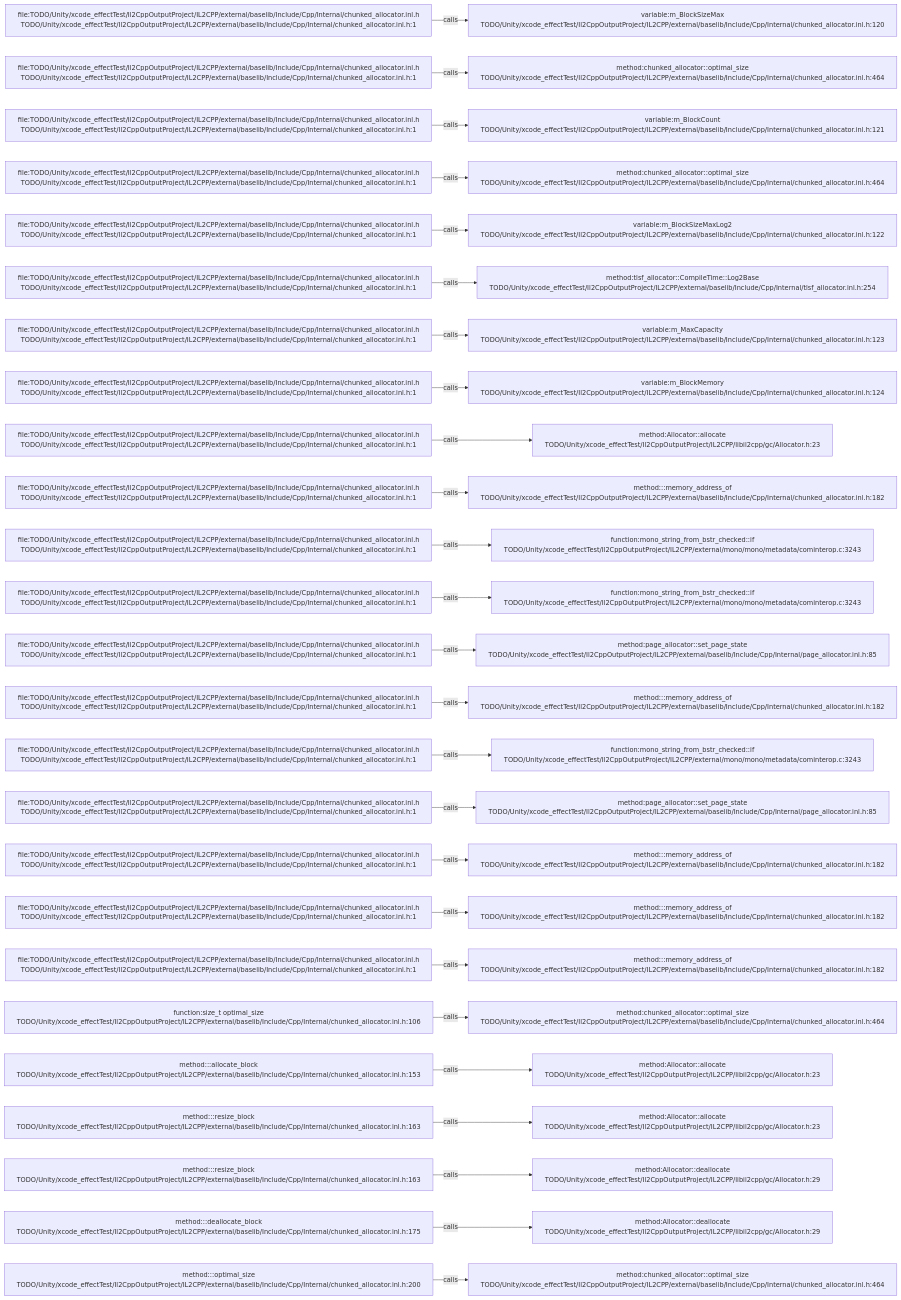
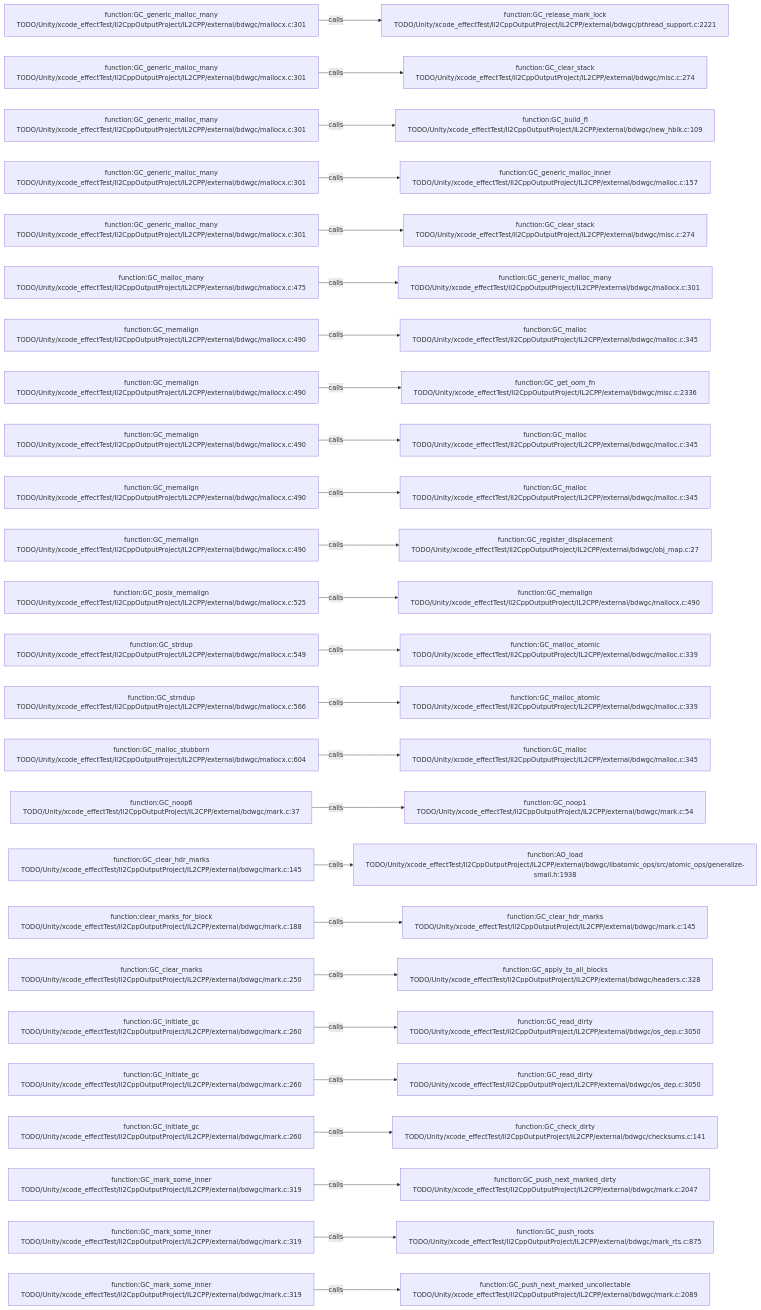
The diagram in .codegraph/codegraph.md/graphs/calls-129.md (JobsKits/JobsSwiftBaseConfigDemo), drawn with Mermaid before and after one commit. The commit also changed 227 other files, not shown here.

````diff
--- a/.codegraph/codegraph.md/graphs/calls-129.md
+++ b/.codegraph/codegraph.md/graphs/calls-129.md
@@ -13,78 +13,78 @@
 ```mermaid
 flowchart LR
-  S1["file:TODO/Unity/xcode_effectTest/Il2CppOutputProject/IL2CPP/external/baselib/Include/Cpp/Internal/chunked_allocator.inl.h<br/>TODO/Unity/xcode_effectTest/Il2CppOutputProject/IL2CPP/external/baselib/Include/Cpp/Internal/chunked_allocator.inl.h:1"]
-  T1["variable:m_BlockSizeMax<br/>TODO/Unity/xcode_effectTest/Il2CppOutputProject/IL2CPP/external/baselib/Include/Cpp/Internal/chunked_allocator.inl.h:120"]
+  S1["function:GC_generic_malloc_many<br/>TODO/Unity/xcode_effectTest/Il2CppOutputProject/IL2CPP/external/bdwgc/mallocx.c:301"]
+  T1["function:GC_release_mark_lock<br/>TODO/Unity/xcode_effectTest/Il2CppOutputProject/IL2CPP/external/bdwgc/pthread_support.c:2221"]
   S1 -->|calls| T1
-  S2["file:TODO/Unity/xcode_effectTest/Il2CppOutputProject/IL2CPP/external/baselib/Include/Cpp/Internal/chunked_allocator.inl.h<br/>TODO/Unity/xcode_effectTest/Il2CppOutputProject/IL2CPP/external/baselib/Include/Cpp/Internal/chunked_allocator.inl.h:1"]
-  T2["method:chunked_allocator::optimal_size<br/>TODO/Unity/xcode_effectTest/Il2CppOutputProject/IL2CPP/external/baselib/Include/Cpp/Internal/chunked_allocator.inl.h:464"]
+  S2["function:GC_generic_malloc_many<br/>TODO/Unity/xcode_effectTest/Il2CppOutputProject/IL2CPP/external/bdwgc/mallocx.c:301"]
+  T2["function:GC_clear_stack<br/>TODO/Unity/xcode_effectTest/Il2CppOutputProject/IL2CPP/external/bdwgc/misc.c:274"]
   S2 -->|calls| T2
-  S3["file:TODO/Unity/xcode_effectTest/Il2CppOutputProject/IL2CPP/external/baselib/Include/Cpp/Internal/chunked_allocator.inl.h<br/>TODO/Unity/xcode_effectTest/Il2CppOutputProject/IL2CPP/external/baselib/Include/Cpp/Internal/chunked_allocator.inl.h:1"]
-  T3["variable:m_BlockCount<br/>TODO/Unity/xcode_effectTest/Il2CppOutputProject/IL2CPP/external/baselib/Include/Cpp/Internal/chunked_allocator.inl.h:121"]
+  S3["function:GC_generic_malloc_many<br/>TODO/Unity/xcode_effectTest/Il2CppOutputProject/IL2CPP/external/bdwgc/mallocx.c:301"]
+  T3["function:GC_build_fl<br/>TODO/Unity/xcode_effectTest/Il2CppOutputProject/IL2CPP/external/bdwgc/new_hblk.c:109"]
   S3 -->|calls| T3
-  S4["file:TODO/Unity/xcode_effectTest/Il2CppOutputProject/IL2CPP/external/baselib/Include/Cpp/Internal/chunked_allocator.inl.h<br/>TODO/Unity/xcode_effectTest/Il2CppOutputProject/IL2CPP/external/baselib/Include/Cpp/Internal/chunked_allocator.inl.h:1"]
-  T4["method:chunked_allocator::optimal_size<br/>TODO/Unity/xcode_effectTest/Il2CppOutputProject/IL2CPP/external/baselib/Include/Cpp/Internal/chunked_allocator.inl.h:464"]
+  S4["function:GC_generic_malloc_many<br/>TODO/Unity/xcode_effectTest/Il2CppOutputProject/IL2CPP/external/bdwgc/mallocx.c:301"]
+  T4["function:GC_generic_malloc_inner<br/>TODO/Unity/xcode_effectTest/Il2CppOutputProject/IL2CPP/external/bdwgc/malloc.c:157"]
   S4 -->|calls| T4
-  S5["file:TODO/Unity/xcode_effectTest/Il2CppOutputProject/IL2CPP/external/baselib/Include/Cpp/Internal/chunked_allocator.inl.h<br/>TODO/Unity/xcode_effectTest/Il2CppOutputProject/IL2CPP/external/baselib/Include/Cpp/Internal/chunked_allocator.inl.h:1"]
-  T5["variable:m_BlockSizeMaxLog2<br/>TODO/Unity/xcode_effectTest/Il2CppOutputProject/IL2CPP/external/baselib/Include/Cpp/Internal/chunked_allocator.inl.h:122"]
+  S5["function:GC_generic_malloc_many<br/>TODO/Unity/xcode_effectTest/Il2CppOutputProject/IL2CPP/external/bdwgc/mallocx.c:301"]
+  T5["function:GC_clear_stack<br/>TODO/Unity/xcode_effectTest/Il2CppOutputProject/IL2CPP/external/bdwgc/misc.c:274"]
   S5 -->|calls| T5
-  S6["file:TODO/Unity/xcode_effectTest/Il2CppOutputProject/IL2CPP/external/baselib/Include/Cpp/Internal/chunked_allocator.inl.h<br/>TODO/Unity/xcode_effectTest/Il2CppOutputProject/IL2CPP/external/baselib/Include/Cpp/Internal/chunked_allocator.inl.h:1"]
-  T6["method:tlsf_allocator::CompileTime::Log2Base<br/>TODO/Unity/xcode_effectTest/Il2CppOutputProject/IL2CPP/external/baselib/Include/Cpp/Internal/tlsf_allocator.inl.h:254"]
+  S6["function:GC_malloc_many<br/>TODO/Unity/xcode_effectTest/Il2CppOutputProject/IL2CPP/external/bdwgc/mallocx.c:475"]
+  T6["function:GC_generic_malloc_many<br/>TODO/Unity/xcode_effectTest/Il2CppOutputProject/IL2CPP/external/bdwgc/mallocx.c:301"]
   S6 -->|calls| T6
-  S7["file:TODO/Unity/xcode_effectTest/Il2CppOutputProject/IL2CPP/external/baselib/Include/Cpp/Internal/chunked_allocator.inl.h<br/>TODO/Unity/xcode_effectTest/Il2CppOutputProject/IL2CPP/external/baselib/Include/Cpp/Internal/chunked_allocator.inl.h:1"]
-  T7["variable:m_MaxCapacity<br/>TODO/Unity/xcode_effectTest/Il2CppOutputProject/IL2CPP/external/baselib/Include/Cpp/Internal/chunked_allocator.inl.h:123"]
+  S7["function:GC_memalign<br/>TODO/Unity/xcode_effectTest/Il2CppOutputProject/IL2CPP/external/bdwgc/mallocx.c:490"]
+  T7["function:GC_malloc<br/>TODO/Unity/xcode_effectTest/Il2CppOutputProject/IL2CPP/external/bdwgc/malloc.c:345"]
   S7 -->|calls| T7
-  S8["file:TODO/Unity/xcode_effectTest/Il2CppOutputProject/IL2CPP/external/baselib/Include/Cpp/Internal/chunked_allocator.inl.h<br/>TODO/Unity/xcode_effectTest/Il2CppOutputProject/IL2CPP/external/baselib/Include/Cpp/Internal/chunked_allocator.inl.h:1"]
-  T8["variable:m_BlockMemory<br/>TODO/Unity/xcode_effectTest/Il2CppOutputProject/IL2CPP/external/baselib/Include/Cpp/Internal/chunked_allocator.inl.h:124"]
+  S8["function:GC_memalign<br/>TODO/Unity/xcode_effectTest/Il2CppOutputProject/IL2CPP/external/bdwgc/mallocx.c:490"]
+  T8["function:GC_get_oom_fn<br/>TODO/Unity/xcode_effectTest/Il2CppOutputProject/IL2CPP/external/bdwgc/misc.c:2336"]
   S8 -->|calls| T8
-  S9["file:TODO/Unity/xcode_effectTest/Il2CppOutputProject/IL2CPP/external/baselib/Include/Cpp/Internal/chunked_allocator.inl.h<br/>TODO/Unity/xcode_effectTest/Il2CppOutputProject/IL2CPP/external/baselib/Include/Cpp/Internal/chunked_allocator.inl.h:1"]
-  T9["method:Allocator::allocate<br/>TODO/Unity/xcode_effectTest/Il2CppOutputProject/IL2CPP/libil2cpp/gc/Allocator.h:23"]
+  S9["function:GC_memalign<br/>TODO/Unity/xcode_effectTest/Il2CppOutputProject/IL2CPP/external/bdwgc/mallocx.c:490"]
+  T9["function:GC_malloc<br/>TODO/Unity/xcode_effectTest/Il2CppOutputProject/IL2CPP/external/bdwgc/malloc.c:345"]
   S9 -->|calls| T9
-  S10["file:TODO/Unity/xcode_effectTest/Il2CppOutputProject/IL2CPP/external/baselib/Include/Cpp/Internal/chunked_allocator.inl.h<br/>TODO/Unity/xcode_effectTest/Il2CppOutputProject/IL2CPP/external/baselib/Include/Cpp/Internal/chunked_allocator.inl.h:1"]
-  T10["method:<anonymous>::memory_address_of<br/>TODO/Unity/xcode_effectTest/Il2CppOutputProject/IL2CPP/external/baselib/Include/Cpp/Internal/chunked_allocator.inl.h:182"]
+  S10["function:GC_memalign<br/>TODO/Unity/xcode_effectTest/Il2CppOutputProject/IL2CPP/external/bdwgc/mallocx.c:490"]
+  T10["function:GC_malloc<br/>TODO/Unity/xcode_effectTest/Il2CppOutputProject/IL2CPP/external/bdwgc/malloc.c:345"]
   S10 -->|calls| T10
-  S11["file:TODO/Unity/xcode_effectTest/Il2CppOutputProject/IL2CPP/external/baselib/Include/Cpp/Internal/chunked_allocator.inl.h<br/>TODO/Unity/xcode_effectTest/Il2CppOutputProject/IL2CPP/external/baselib/Include/Cpp/Internal/chunked_allocator.inl.h:1"]
-  T11["function:mono_string_from_bstr_checked::if<br/>TODO/Unity/xcode_effectTest/Il2CppOutputProject/IL2CPP/external/mono/mono/metadata/cominterop.c:3243"]
+  S11["function:GC_memalign<br/>TODO/Unity/xcode_effectTest/Il2CppOutputProject/IL2CPP/external/bdwgc/mallocx.c:490"]
+  T11["function:GC_register_displacement<br/>TODO/Unity/xcode_effectTest/Il2CppOutputProject/IL2CPP/external/bdwgc/obj_map.c:27"]
   S11 -->|calls| T11
-  S12["file:TODO/Unity/xcode_effectTest/Il2CppOutputProject/IL2CPP/external/baselib/Include/Cpp/Internal/chunked_allocator.inl.h<br/>TODO/Unity/xcode_effectTest/Il2CppOutputProject/IL2CPP/external/baselib/Include/Cpp/Internal/chunked_allocator.inl.h:1"]
-  T12["function:mono_string_from_bstr_checked::if<br/>TODO/Unity/xcode_effectTest/Il2CppOutputProject/IL2CPP/external/mono/mono/metadata/cominterop.c:3243"]
+  S12["function:GC_posix_memalign<br/>TODO/Unity/xcode_effectTest/Il2CppOutputProject/IL2CPP/external/bdwgc/mallocx.c:525"]
+  T12["function:GC_memalign<br/>TODO/Unity/xcode_effectTest/Il2CppOutputProject/IL2CPP/external/bdwgc/mallocx.c:490"]
   S12 -->|calls| T12
-  S13["file:TODO/Unity/xcode_effectTest/Il2CppOutputProject/IL2CPP/external/baselib/Include/Cpp/Internal/chunked_allocator.inl.h<br/>TODO/Unity/xcode_effectTest/Il2CppOutputProject/IL2CPP/external/baselib/Include/Cpp/Internal/chunked_allocator.inl.h:1"]
-  T13["method:page_allocator::set_page_state<br/>TODO/Unity/xcode_effectTest/Il2CppOutputProject/IL2CPP/external/baselib/Include/Cpp/Internal/page_allocator.inl.h:85"]
+  S13["function:GC_strdup<br/>TODO/Unity/xcode_effectTest/Il2CppOutputProject/IL2CPP/external/bdwgc/mallocx.c:549"]
+  T13["function:GC_malloc_atomic<br/>TODO/Unity/xcode_effectTest/Il2CppOutputProject/IL2CPP/external/bdwgc/malloc.c:339"]
   S13 -->|calls| T13
-  S14["file:TODO/Unity/xcode_effectTest/Il2CppOutputProject/IL2CPP/external/baselib/Include/Cpp/Internal/chunked_allocator.inl.h<br/>TODO/Unity/xcode_effectTest/Il2CppOutputProject/IL2CPP/external/baselib/Include/Cpp/Internal/chunked_allocator.inl.h:1"]
-  T14["method:<anonymous>::memory_address_of<br/>TODO/Unity/xcode_effectTest/Il2CppOutputProject/IL2CPP/external/baselib/Include/Cpp/Internal/chunked_allocator.inl.h:182"]
+  S14["function:GC_strndup<br/>TODO/Unity/xcode_effectTest/Il2CppOutputProject/IL2CPP/external/bdwgc/mallocx.c:566"]
+  T14["function:GC_malloc_atomic<br/>TODO/Unity/xcode_effectTest/Il2CppOutputProject/IL2CPP/external/bdwgc/malloc.c:339"]
   S14 -->|calls| T14
-  S15["file:TODO/Unity/xcode_effectTest/Il2CppOutputProject/IL2CPP/external/baselib/Include/Cpp/Internal/chunked_allocator.inl.h<br/>TODO/Unity/xcode_effectTest/Il2CppOutputProject/IL2CPP/external/baselib/Include/Cpp/Internal/chunked_allocator.inl.h:1"]
-  T15["function:mono_string_from_bstr_checked::if<br/>TODO/Unity/xcode_effectTest/Il2CppOutputProject/IL2CPP/external/mono/mono/metadata/cominterop.c:3243"]
+  S15["function:GC_malloc_stubborn<br/>TODO/Unity/xcode_effectTest/Il2CppOutputProject/IL2CPP/external/bdwgc/mallocx.c:604"]
+  T15["function:GC_malloc<br/>TODO/Unity/xcode_effectTest/Il2CppOutputProject/IL2CPP/external/bdwgc/malloc.c:345"]
   S15 -->|calls| T15
-  S16["file:TODO/Unity/xcode_effectTest/Il2CppOutputProject/IL2CPP/external/baselib/Include/Cpp/Internal/chunked_allocator.inl.h<br/>TODO/Unity/xcode_effectTest/Il2CppOutputProject/IL2CPP/external/baselib/Include/Cpp/Internal/chunked_allocator.inl.h:1"]
-  T16["method:page_allocator::set_page_state<br/>TODO/Unity/xcode_effectTest/Il2CppOutputProject/IL2CPP/external/baselib/Include/Cpp/Internal/page_allocator.inl.h:85"]
+  S16["function:GC_noop6<br/>TODO/Unity/xcode_effectTest/Il2CppOutputProject/IL2CPP/external/bdwgc/mark.c:37"]
+  T16["function:GC_noop1<br/>TODO/Unity/xcode_effectTest/Il2CppOutputProject/IL2CPP/external/bdwgc/mark.c:54"]
   S16 -->|calls| T16
-  S17["file:TODO/Unity/xcode_effectTest/Il2CppOutputProject/IL2CPP/external/baselib/Include/Cpp/Internal/chunked_allocator.inl.h<br/>TODO/Unity/xcode_effectTest/Il2CppOutputProject/IL2CPP/external/baselib/Include/Cpp/Internal/chunked_allocator.inl.h:1"]
-  T17["method:<anonymous>::memory_address_of<br/>TODO/Unity/xcode_effectTest/Il2CppOutputProject/IL2CPP/external/baselib/Include/Cpp/Internal/chunked_allocator.inl.h:182"]
+  S17["function:GC_clear_hdr_marks<br/>TODO/Unity/xcode_effectTest/Il2CppOutputProject/IL2CPP/external/bdwgc/mark.c:145"]
+  T17["function:AO_load<br/>TODO/Unity/xcode_effectTest/Il2CppOutputProject/IL2CPP/external/bdwgc/libatomic_ops/src/atomic_ops/generalize-small.h:1938"]
   S17 -->|calls| T17
-  S18["file:TODO/Unity/xcode_effectTest/Il2CppOutputProject/IL2CPP/external/baselib/Include/Cpp/Internal/chunked_allocator.inl.h<br/>TODO/Unity/xcode_effectTest/Il2CppOutputProject/IL2CPP/external/baselib/Include/Cpp/Internal/chunked_allocator.inl.h:1"]
-  T18["method:<anonymous>::memory_address_of<br/>TODO/Unity/xcode_effectTest/Il2CppOutputProject/IL2CPP/external/baselib/Include/Cpp/Internal/chunked_allocator.inl.h:182"]
+  S18["function:clear_marks_for_block<br/>TODO/Unity/xcode_effectTest/Il2CppOutputProject/IL2CPP/external/bdwgc/mark.c:188"]
+  T18["function:GC_clear_hdr_marks<br/>TODO/Unity/xcode_effectTest/Il2CppOutputProject/IL2CPP/external/bdwgc/mark.c:145"]
   S18 -->|calls| T18
-  S19["file:TODO/Unity/xcode_effectTest/Il2CppOutputProject/IL2CPP/external/baselib/Include/Cpp/Internal/chunked_allocator.inl.h<br/>TODO/Unity/xcode_effectTest/Il2CppOutputProject/IL2CPP/external/baselib/Include/Cpp/Internal/chunked_allocator.inl.h:1"]
-  T19["method:<anonymous>::memory_address_of<br/>TODO/Unity/xcode_effectTest/Il2CppOutputProject/IL2CPP/external/baselib/Include/Cpp/Internal/chunked_allocator.inl.h:182"]
+  S19["function:GC_clear_marks<br/>TODO/Unity/xcode_effectTest/Il2CppOutputProject/IL2CPP/external/bdwgc/mark.c:250"]
+  T19["function:GC_apply_to_all_blocks<br/>TODO/Unity/xcode_effectTest/Il2CppOutputProject/IL2CPP/external/bdwgc/headers.c:328"]
   S19 -->|calls| T19
-  S20["function:size_t optimal_size<br/>TODO/Unity/xcode_effectTest/Il2CppOutputProject/IL2CPP/external/baselib/Include/Cpp/Internal/chunked_allocator.inl.h:106"]
-  T20["method:chunked_allocator::optimal_size<br/>TODO/Unity/xcode_effectTest/Il2CppOutputProject/IL2CPP/external/baselib/Include/Cpp/Internal/chunked_allocator.inl.h:464"]
+  S20["function:GC_initiate_gc<br/>TODO/Unity/xcode_effectTest/Il2CppOutputProject/IL2CPP/external/bdwgc/mark.c:260"]
+  T20["function:GC_read_dirty<br/>TODO/Unity/xcode_effectTest/Il2CppOutputProject/IL2CPP/external/bdwgc/os_dep.c:3050"]
   S20 -->|calls| T20
-  S21["method:<anonymous>::allocate_block<br/>TODO/Unity/xcode_effectTest/Il2CppOutputProject/IL2CPP/external/baselib/Include/Cpp/Internal/chunked_allocator.inl.h:153"]
-  T21["method:Allocator::allocate<br/>TODO/Unity/xcode_effectTest/Il2CppOutputProject/IL2CPP/libil2cpp/gc/Allocator.h:23"]
+  S21["function:GC_initiate_gc<br/>TODO/Unity/xcode_effectTest/Il2CppOutputProject/IL2CPP/external/bdwgc/mark.c:260"]
+  T21["function:GC_read_dirty<br/>TODO/Unity/xcode_effectTest/Il2CppOutputProject/IL2CPP/external/bdwgc/os_dep.c:3050"]
   S21 -->|calls| T21
-  S22["method:<anonymous>::resize_block<br/>TODO/Unity/xcode_effectTest/Il2CppOutputProject/IL2CPP/external/baselib/Include/Cpp/Internal/chunked_allocator.inl.h:163"]
-  T22["method:Allocator::allocate<br/>TODO/Unity/xcode_effectTest/Il2CppOutputProject/IL2CPP/libil2cpp/gc/Allocator.h:23"]
+  S22["function:GC_initiate_gc<br/>TODO/Unity/xcode_effectTest/Il2CppOutputProject/IL2CPP/external/bdwgc/mark.c:260"]
+  T22["function:GC_check_dirty<br/>TODO/Unity/xcode_effectTest/Il2CppOutputProject/IL2CPP/external/bdwgc/checksums.c:141"]
   S22 -->|calls| T22
-  S23["method:<anonymous>::resize_block<br/>TODO/Unity/xcode_effectTest/Il2CppOutputProject/IL2CPP/external/baselib/Include/Cpp/Internal/chunked_allocator.inl.h:163"]
-  T23["method:Allocator::deallocate<br/>TODO/Unity/xcode_effectTest/Il2CppOutputProject/IL2CPP/libil2cpp/gc/Allocator.h:29"]
+  S23["function:GC_mark_some_inner<br/>TODO/Unity/xcode_effectTest/Il2CppOutputProject/IL2CPP/external/bdwgc/mark.c:319"]
+  T23["function:GC_push_next_marked_dirty<br/>TODO/Unity/xcode_effectTest/Il2CppOutputProject/IL2CPP/external/bdwgc/mark.c:2047"]
   S23 -->|calls| T23
-  S24["method:<anonymous>::deallocate_block<br/>TODO/Unity/xcode_effectTest/Il2CppOutputProject/IL2CPP/external/baselib/Include/Cpp/Internal/chunked_allocator.inl.h:175"]
-  T24["method:Allocator::deallocate<br/>TODO/Unity/xcode_effectTest/Il2CppOutputProject/IL2CPP/libil2cpp/gc/Allocator.h:29"]
+  S24["function:GC_mark_some_inner<br/>TODO/Unity/xcode_effectTest/Il2CppOutputProject/IL2CPP/external/bdwgc/mark.c:319"]
+  T24["function:GC_push_roots<br/>TODO/Unity/xcode_effectTest/Il2CppOutputProject/IL2CPP/external/bdwgc/mark_rts.c:875"]
   S24 -->|calls| T24
-  S25["method:<anonymous>::optimal_size<br/>TODO/Unity/xcode_effectTest/Il2CppOutputProject/IL2CPP/external/baselib/Include/Cpp/Internal/chunked_allocator.inl.h:200"]
-  T25["method:chunked_allocator::optimal_size<br/>TODO/Unity/xcode_effectTest/Il2CppOutputProject/IL2CPP/external/baselib/Include/Cpp/Internal/chunked_allocator.inl.h:464"]
+  S25["function:GC_mark_some_inner<br/>TODO/Unity/xcode_effectTest/Il2CppOutputProject/IL2CPP/external/bdwgc/mark.c:319"]
+  T25["function:GC_push_next_marked_uncollectable<br/>TODO/Unity/xcode_effectTest/Il2CppOutputProject/IL2CPP/external/bdwgc/mark.c:2089"]
   S25 -->|calls| T25
 ```
````
